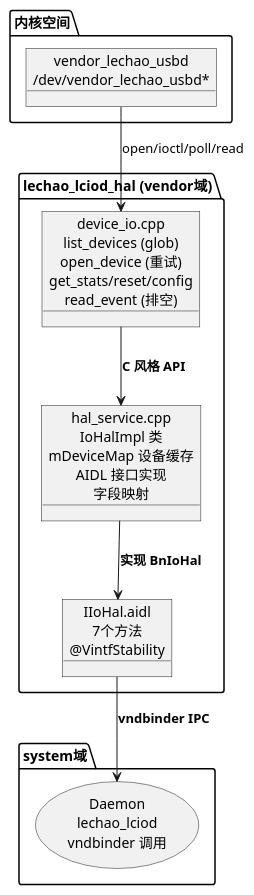
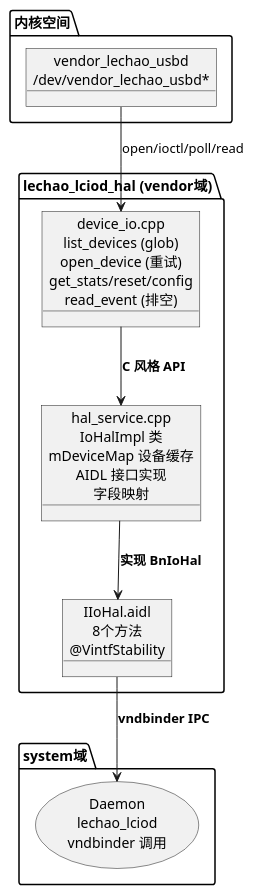
One commit to lechao365/AndroidSystemEnhance changed the fifth of 13 diagrams in docs/02-IO增强/02.02-HAL增强-lciod-hal.md. Above: the diagram before and after it, drawn with PlantUML. The commit also changed other lines of this file and 212 other files, not shown here.

First line of the commit message:
构建(baseline): 发布 BL-20261013-01——LcIod SD 健康/长尾直方图与块采集迁入、LcView 事件扩展、usb-verify JSON 期望

````diff
--- a/docs/02-IO增强/02.02-HAL增强-lciod-hal.md
+++ b/docs/02-IO增强/02.02-HAL增强-lciod-hal.md
@@ -167,23 +167,23 @@
 ```plantuml
 @startuml
 allowmixing
 package "内核空间" as kernel {
     object "vendor_lechao_usbd\n/dev/vendor_lechao_usbd*" as DEV
 }
 
 package "lechao_lciod_hal (vendor域)" as hal {
     object "hal_service.cpp\nIoHalImpl 类\nmDeviceMap 设备缓存\nAIDL 接口实现\n字段映射" as SVC
     object "device_io.cpp\nlist_devices (glob)\nopen_device (重试)\nget_stats/reset/config\nread_event (排空)" as DIO
-    object "IIoHal.aidl\n7个方法\n@VintfStability" as AIDL
+    object "IIoHal.aidl\n8个方法\n@VintfStability" as AIDL
 }
 
 package "system域" as sys {
     usecase "Daemon\nlechao_lciod\nvndbinder 调用" as DAEMON
 }
 
 DEV --> DIO : open/ioctl/poll/read
 DIO --> SVC : **C 风格 API**
 SVC --> AIDL : **实现 BnIoHal**
 AIDL --> DAEMON : **vndbinder IPC**
 @enduml
 ```
````
